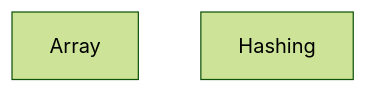
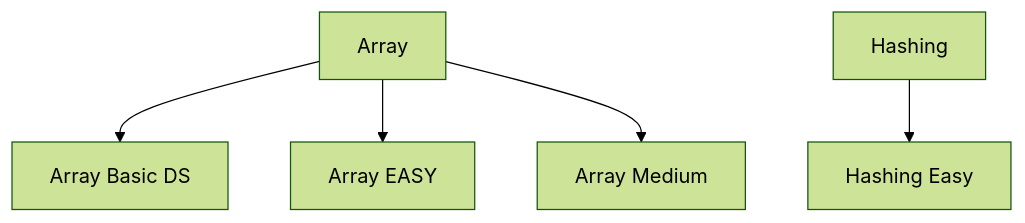
Before and after one commit to ALPHAMAN-0/Data_Structure: the diagram in ARCHITECTURE.md, drawn with Mermaid (forest theme). The commit also changed other lines of this file and 1 other file, not shown here.

````diff
--- a/ARCHITECTURE.md
+++ b/ARCHITECTURE.md
@@ -28,5 +24,14 @@
 ```mermaid
 flowchart TD
-    Array["Array"]
-    Hashing["Hashing"]
+  Array["Array"]
+  ArrayBasicDS["Array Basic DS"]
+  ArrayEASY["Array EASY"]
+  ArrayMedium["Array Medium"]
+  Hashing["Hashing"]
+  HashingEasy["Hashing Easy"]
+
+  Array --> ArrayBasicDS
+  Array --> ArrayEASY
+  Array --> ArrayMedium
+  Hashing --> HashingEasy
 ```
````
